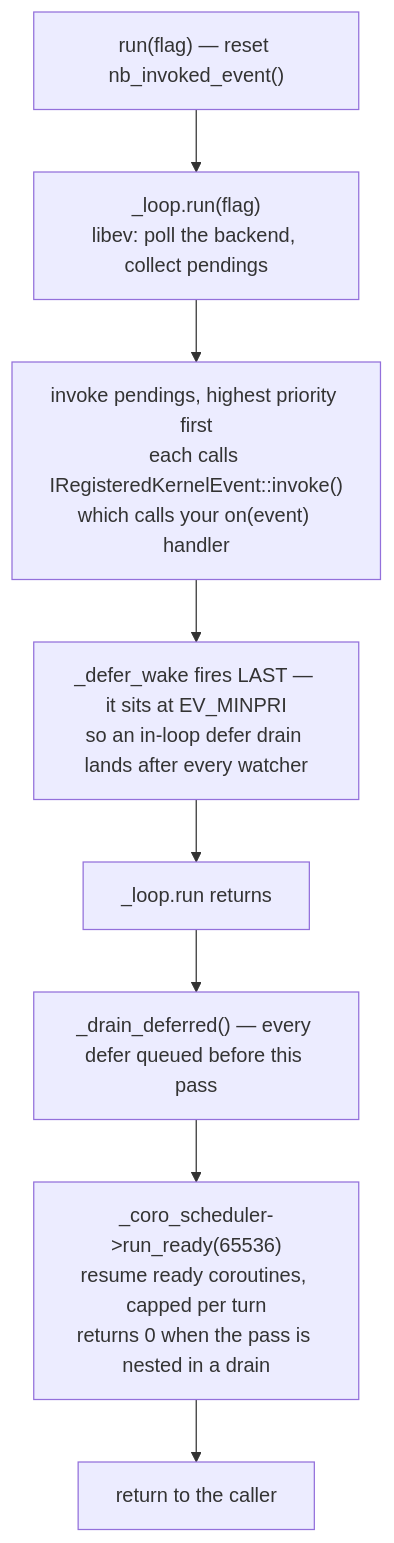
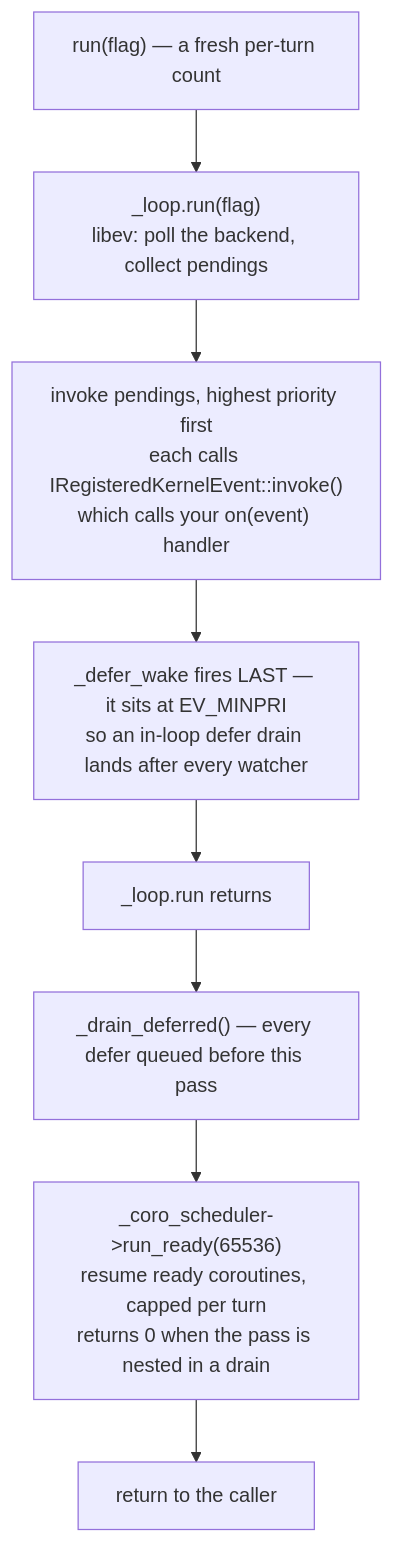
One commit to isndev/qb changed the diagram in readme/3_qb_io/async_system.md. Above: the diagram before and after it, drawn with Mermaid. The commit also changed other lines of this file and 46 other files, not shown here.

````diff
--- a/readme/3_qb_io/async_system.md
+++ b/readme/3_qb_io/async_system.md
@@ -29,10 +29,10 @@
 ```mermaid
 flowchart TD
-    A["run(flag) — reset nb_invoked_event()"] --> B["_loop.run(flag)<br/>libev: poll the backend, collect pendings"]
+    A["run(flag) — a fresh per-turn count"] --> B["_loop.run(flag)<br/>libev: poll the backend, collect pendings"]
     B --> C["invoke pendings, highest priority first<br/>each calls IRegisteredKernelEvent::invoke()<br/>which calls your on(event) handler"]
     C --> D["_defer_wake fires LAST — it sits at EV_MINPRI<br/>so an in-loop defer drain lands after every watcher"]
     D --> E["_loop.run returns"]
     E --> F["_drain_deferred() — every defer queued before this pass"]
     F --> G["_coro_scheduler->run_ready(65536)<br/>resume ready coroutines, capped per turn<br/>returns 0 when the pass is nested in a drain"]
     G --> H["return to the caller"]
 ```
````
